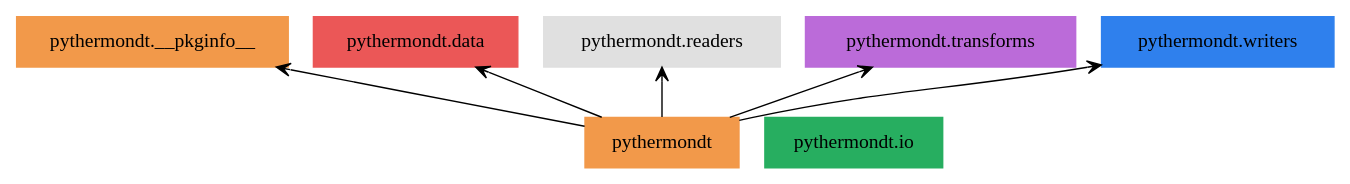
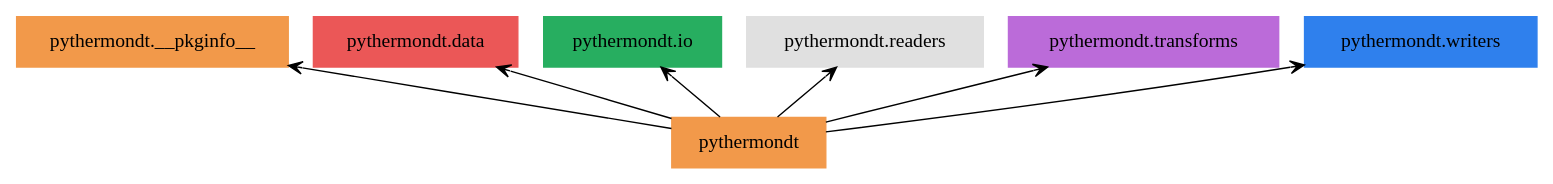
Before and after one commit to voidsy-gmbh/pyThermoNDT: the diagram in docs/pyreverse/graphviz/packages_Overview.gv, drawn with Graphviz. The commit also changed 3 other files, not shown here.

Commit message:
Update pyreverse diagrams

```diff
--- a/docs/pyreverse/graphviz/packages_Overview.gv
+++ b/docs/pyreverse/graphviz/packages_Overview.gv
@@ -1,16 +1,17 @@
 digraph "packages_Overview" {
 rankdir=BT
 charset="utf-8"
 "pythermondt" [color="#F2994A", label=<pythermondt>, shape="box", style="filled"];
 "pythermondt.__pkginfo__" [color="#F2994A", label=<pythermondt.__pkginfo__>, shape="box", style="filled"];
 "pythermondt.data" [color="#EB5757", label=<pythermondt.data>, shape="box", style="filled"];
 "pythermondt.io" [color="#27AE60", label=<pythermondt.io>, shape="box", style="filled"];
 "pythermondt.readers" [color="#E0E0E0", label=<pythermondt.readers>, shape="box", style="filled"];
 "pythermondt.transforms" [color="#BB6BD9", label=<pythermondt.transforms>, shape="box", style="filled"];
 "pythermondt.writers" [color="#2F80ED", label=<pythermondt.writers>, shape="box", style="filled"];
 "pythermondt" -> "pythermondt.__pkginfo__" [arrowhead="open", arrowtail="none"];
 "pythermondt" -> "pythermondt.data" [arrowhead="open", arrowtail="none"];
+"pythermondt" -> "pythermondt.io" [arrowhead="open", arrowtail="none"];
 "pythermondt" -> "pythermondt.readers" [arrowhead="open", arrowtail="none"];
 "pythermondt" -> "pythermondt.transforms" [arrowhead="open", arrowtail="none"];
 "pythermondt" -> "pythermondt.writers" [arrowhead="open", arrowtail="none"];
 }
```
